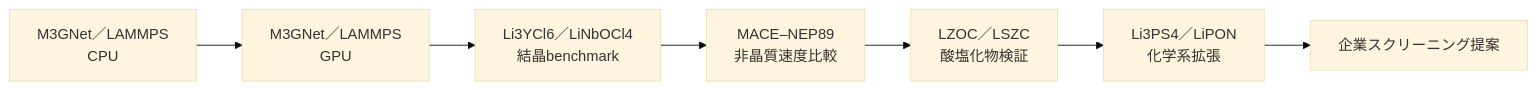
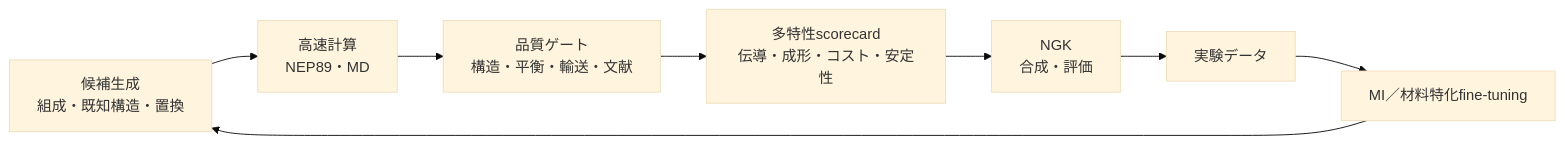
One commit to Long-Brian-Yang/li-research changed the third of 3 diagrams in docs/presentations/pretrained_potential_screening_proposal_7min_ja.md. Above: the diagram before and after it, drawn with Mermaid (base theme). The commit also changed other lines of this file, not shown here.

````diff
--- a/docs/presentations/pretrained_potential_screening_proposal_7min_ja.md
+++ b/docs/presentations/pretrained_potential_screening_proposal_7min_ja.md
@@ -371,9 +433,10 @@
 ```mermaid
 flowchart LR
-    A[M3GNet／LAMMPS<br/>CPU] --> B[M3GNet／LAMMPS<br/>GPU]
-    B --> C[Li3YCl6／LiNbOCl4<br/>結晶benchmark]
-    C --> D[MACE–NEP89<br/>非晶質速度比較]
-    D --> E[LZOC／LSZC<br/>酸塩化物検証]
-    E --> F[Li3PS4／LiPON<br/>化学系拡張]
-    F --> G[企業スクリーニング提案]
+    A[候補生成<br/>組成・既知構造・置換] --> B[高速計算<br/>NEP89・MD]
+    B --> C[品質ゲート<br/>構造・平衡・輸送・文献]
+    C --> D[多特性scorecard<br/>伝導・成形・コスト・安定性]
+    D --> E[NGK<br/>合成・評価]
+    E --> F[実験データ]
+    F --> G[MI／材料特化fine-tuning]
+    G --> A
 ```
````
